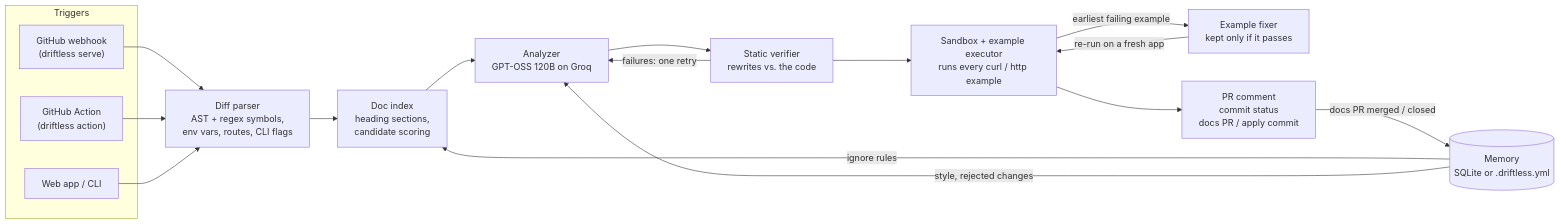
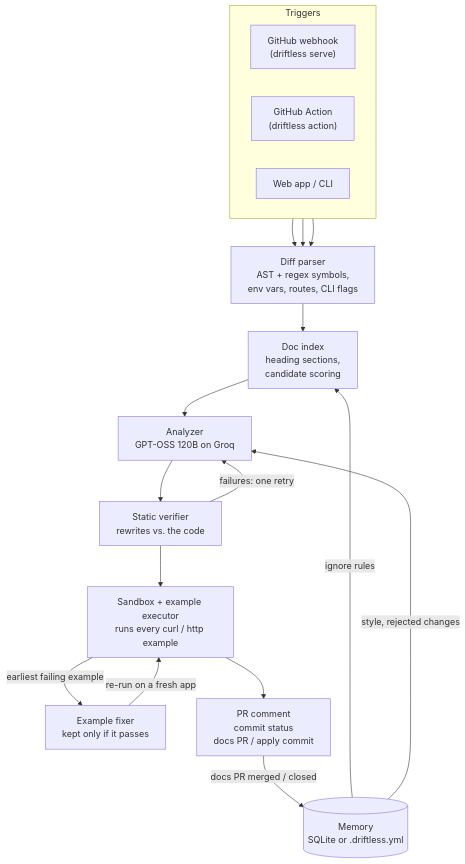
Before and after one commit to debopamghosh12/docdrift: the diagram in README.md, drawn with Mermaid.

Commit message:
docs: top-down architecture diagram, readable on GitHub

````diff
--- a/README.md
+++ b/README.md
@@ -90,29 +90,30 @@
 ```mermaid
-flowchart LR
+flowchart TD
     subgraph triggers["Triggers"]
+        direction LR
         WH["GitHub webhook<br/>(driftless serve)"]
         GA["GitHub Action<br/>(driftless action)"]
         WEB["Web app / CLI"]
     end
     DP["Diff parser<br/>AST + regex symbols,<br/>env vars, routes, CLI flags"]
     DI["Doc index<br/>heading sections,<br/>candidate scoring"]
     AN["Analyzer<br/>GPT-OSS 120B on Groq"]
     VE["Static verifier<br/>rewrites vs. the code"]
     SB["Sandbox + example executor<br/>runs every curl / http example"]
     FX["Example fixer<br/>kept only if it passes"]
     OUT["PR comment<br/>commit status<br/>docs PR / apply commit"]
     MEM[("Memory<br/>SQLite or .driftless.yml")]
 
     WH --> DP
     GA --> DP
     WEB --> DP
     DP --> DI --> AN --> VE
     VE -- "failures: one retry" --> AN
     VE --> SB
     SB -- "earliest failing example" --> FX
     FX -- "re-run on a fresh app" --> SB
     SB --> OUT
     MEM -- "ignore rules" --> DI
     MEM -- "style, rejected changes" --> AN
     OUT -- "docs PR merged / closed" --> MEM
 ```
````
